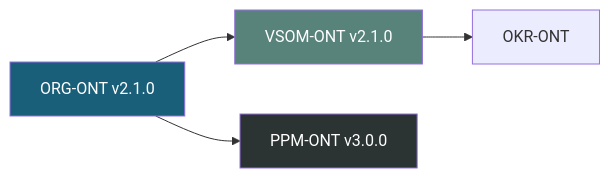
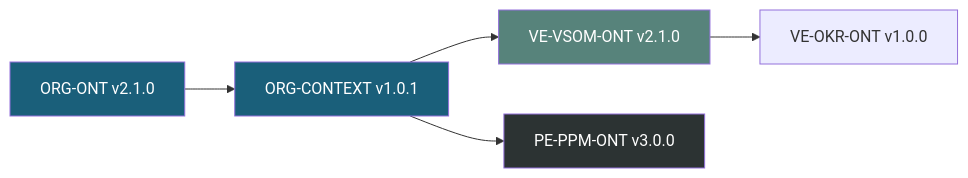
One commit to ajrmooreuk/Azlan-EA-AAA changed the sixth of 7 diagrams in PBS/ONTOLOGIES/ONTOLOGY-ARCHITECTURE.md. Above: the diagram before and after it, drawn with Mermaid. The commit also changed other lines of this file and 16 other files, not shown here.

First line of the commit message:
Update ONTOLOGY-ARCHITECTURE v2.0.0 and migrate ORG-ONT files

````diff
--- a/PBS/ONTOLOGIES/ONTOLOGY-ARCHITECTURE.md
+++ b/PBS/ONTOLOGIES/ONTOLOGY-ARCHITECTURE.md
@@ -300,10 +439,12 @@
 ```mermaid
 graph LR
-    ORG[ORG-ONT v2.1.0] --> VSOM[VSOM-ONT v2.1.0]
-    ORG --> PPM[PPM-ONT v3.0.0]
-    VSOM --> OKR[OKR-ONT]
+    ORG[ORG-ONT v2.1.0] --> CTX[ORG-CONTEXT v1.0.1]
+    CTX --> VSOM[VE-VSOM-ONT v2.1.0]
+    CTX --> PPM[PE-PPM-ONT v3.0.0]
+    VSOM --> OKR[VE-OKR-ONT v1.0.0]
 
     style ORG fill:#1a5f7a,color:#fff
+    style CTX fill:#1a5f7a,color:#fff
     style VSOM fill:#57837b,color:#fff
     style PPM fill:#2c3333,color:#fff
 ```
````
